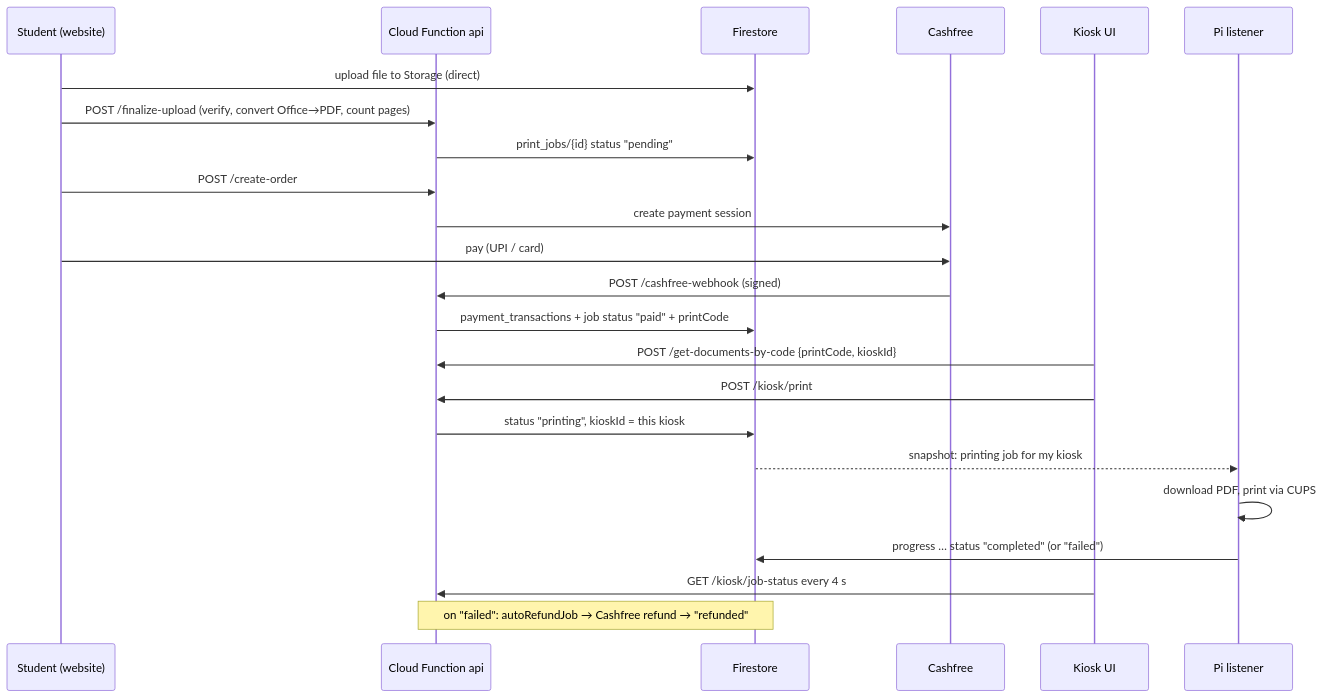
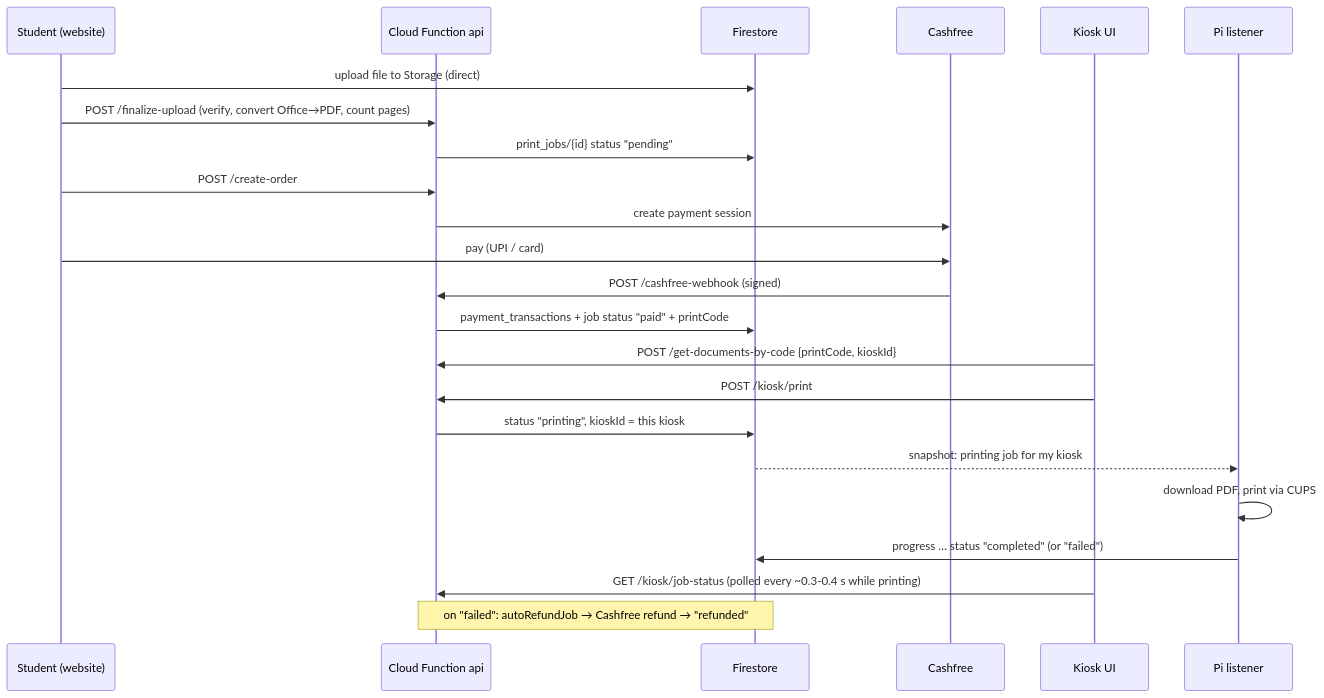
Before and after one commit to snowjug/mimo-test-dep2: the second of 2 diagrams in docs/architecture/architecture.md, drawn with Mermaid. The commit also changed 1 other file, not shown here.

Commit message:
docs: kiosk polls /kiosk/job-status every ~0.3-0.4 s, not 4 s

````diff
--- a/docs/architecture/architecture.md
+++ b/docs/architecture/architecture.md
@@ -79,25 +79,25 @@
 ```mermaid
 sequenceDiagram
   participant S as Student (website)
   participant API as Cloud Function api
   participant FS as Firestore
   participant CF as Cashfree
   participant K as Kiosk UI
   participant PI as Pi listener
   S->>FS: upload file to Storage (direct)
   S->>API: POST /finalize-upload  (verify, convert Office→PDF, count pages)
   API->>FS: print_jobs/{id} status "pending"
   S->>API: POST /create-order
   API->>CF: create payment session
   S->>CF: pay (UPI / card)
   CF->>API: POST /cashfree-webhook (signed)
   API->>FS: payment_transactions + job status "paid" + printCode
   K->>API: POST /get-documents-by-code {printCode, kioskId}
   K->>API: POST /kiosk/print
   API->>FS: status "printing", kioskId = this kiosk
   FS-->>PI: snapshot: printing job for my kiosk
   PI->>PI: download PDF, print via CUPS
   PI->>FS: progress … status "completed" (or "failed")
-  K->>API: GET /kiosk/job-status every 4 s
+  K->>API: GET /kiosk/job-status (polled every ~0.3-0.4 s while printing)
   Note over FS,API: on "failed": autoRefundJob → Cashfree refund → "refunded"
 ```
````
